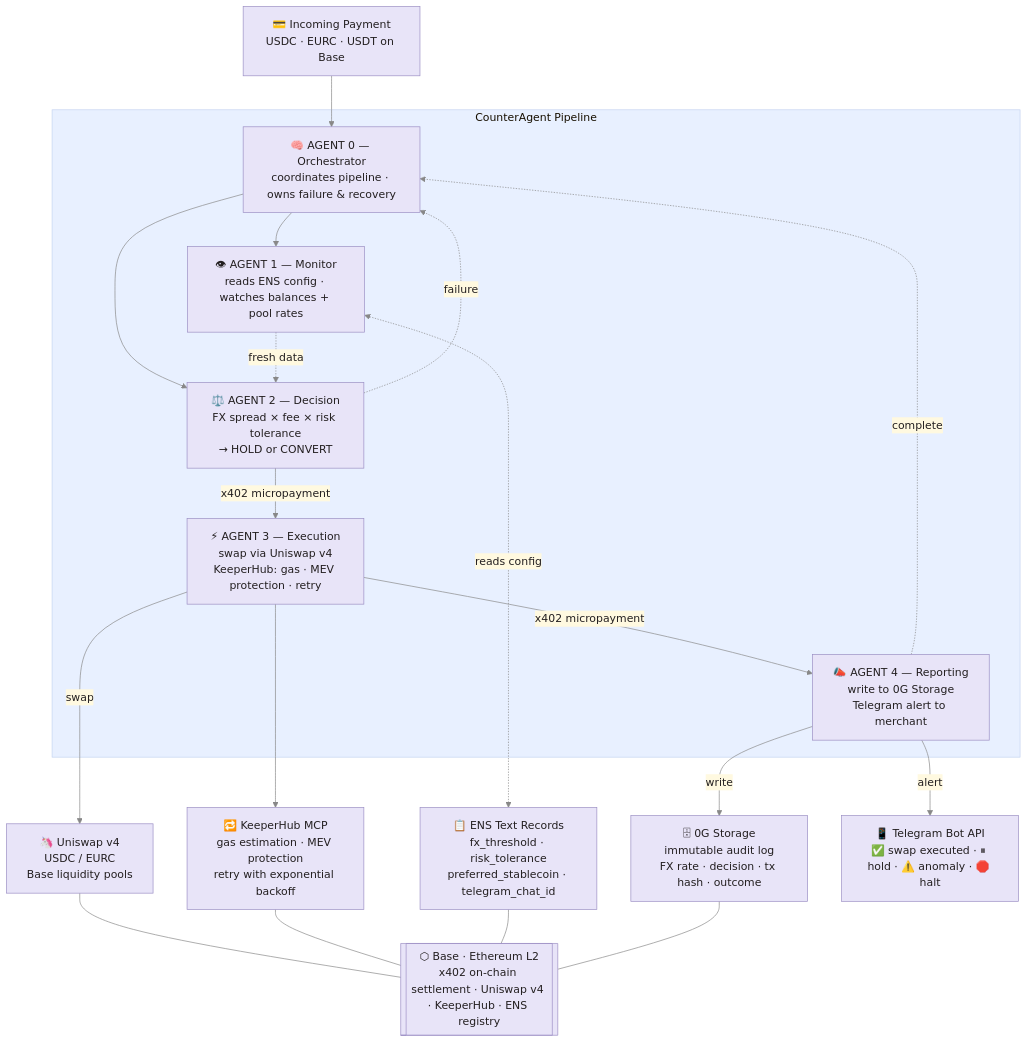
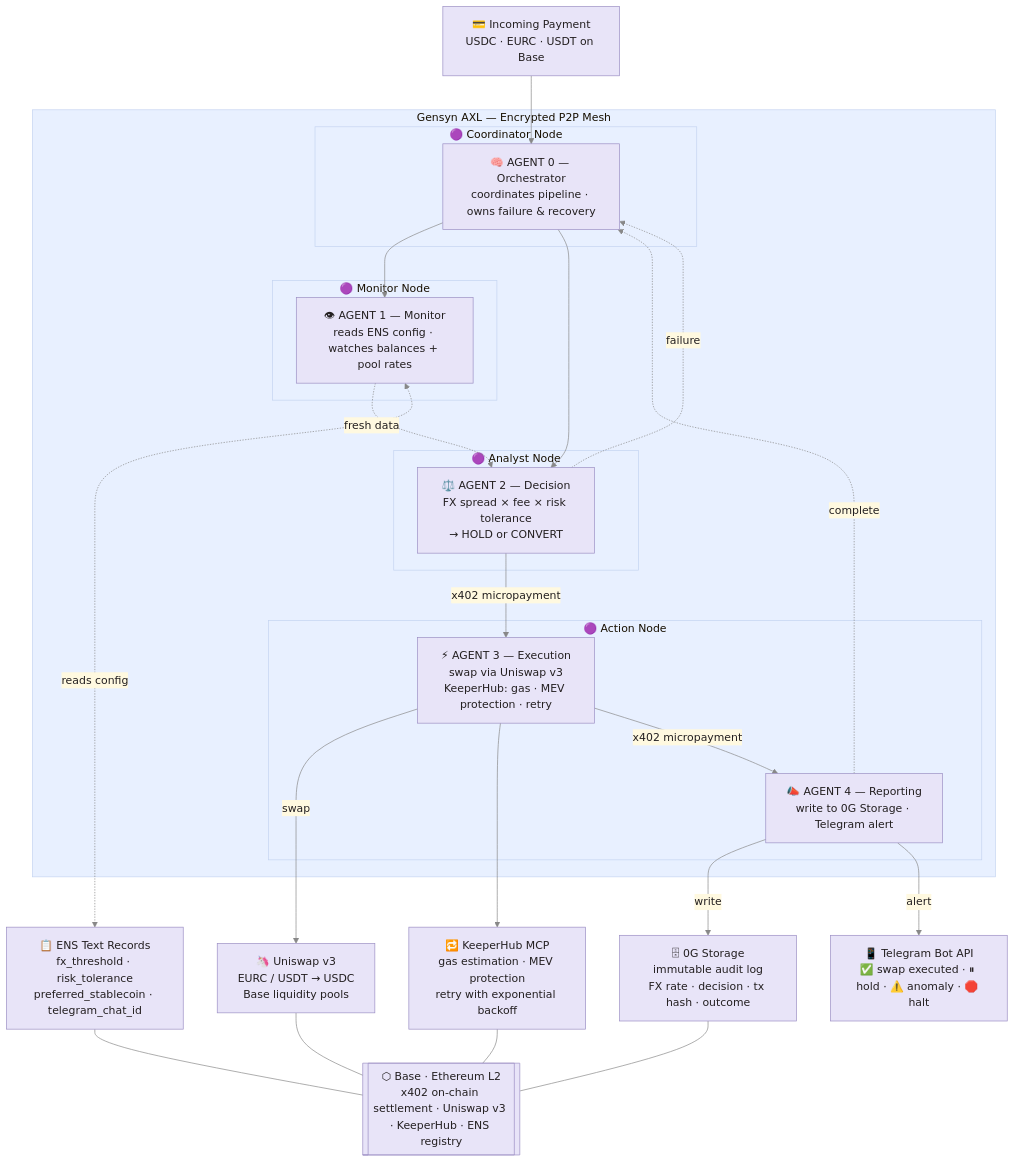
One commit to JulioMCruz/CounterAgent changed the diagram in README.md. Above: the diagram before and after it, drawn with Mermaid. The commit also changed other lines of this file, not shown here.

First line of the commit message:
Revise README for CounterAgent with v3 updates

````diff
--- a/README.md
+++ b/README.md
@@ -37,41 +46,49 @@
 ```mermaid
 %%{init: {'theme': 'base', 'themeVariables': {'primaryColor': '#E8E4F8', 'primaryBorderColor': '#9B8EC4', 'primaryTextColor': '#231F20', 'lineColor': '#888888', 'secondaryColor': '#FFF9E0', 'tertiaryColor': '#E8F0FF'}}}%%
 
 flowchart TD
     PAY["💳 Incoming Payment\nUSDC · EURC · USDT on Base"]
 
-    subgraph PIPELINE ["CounterAgent Pipeline"]
-        A0["🧠 AGENT 0 — Orchestrator\ncoordinates pipeline · owns failure & recovery"]
-        A1["👁 AGENT 1 — Monitor\nreads ENS config · watches balances + pool rates"]
-        A2["⚖️ AGENT 2 — Decision\nFX spread × fee × risk tolerance\n→ HOLD or CONVERT"]
-        A3["⚡ AGENT 3 — Execution\nswap via Uniswap v4\nKeeperHub: gas · MEV protection · retry"]
-        A4["📣 AGENT 4 — Reporting\nwrite to 0G Storage\nTelegram alert to merchant"]
+    subgraph AXL ["Gensyn AXL — Encrypted P2P Mesh"]
+        subgraph NODE1 ["🟣 Coordinator Node"]
+            A0["🧠 AGENT 0 — Orchestrator\ncoordinates pipeline · owns failure & recovery"]
+        end
+        subgraph NODE2 ["🟣 Monitor Node"]
+            A1["👁 AGENT 1 — Monitor\nreads ENS config · watches balances + pool rates"]
+        end
+        subgraph NODE3 ["🟣 Analyst Node"]
+            A2["⚖️ AGENT 2 — Decision\nFX spread × fee × risk tolerance\n→ HOLD or CONVERT"]
+        end
+        subgraph NODE4 ["🟣 Action Node"]
+            A3["⚡ AGENT 3 — Execution\nswap via Uniswap v3\nKeeperHub: gas · MEV protection · retry"]
+            A4["📣 AGENT 4 — Reporting\nwrite to 0G Storage · Telegram alert"]
+        end
     end
 
     ENS["📋 ENS Text Records\nfx_threshold · risk_tolerance\npreferred_stablecoin · telegram_chat_id"]
-    UNI["🦄 Uniswap v4\nUSDC / EURC\nBase liquidity pools"]
+    UNI["🦄 Uniswap v3\nEURC / USDT → USDC\nBase liquidity pools"]
     KH["🔁 KeeperHub MCP\ngas estimation · MEV protection\nretry with exponential backoff"]
     ZERO["🗄 0G Storage\nimmutable audit log\nFX rate · decision · tx hash · outcome"]
     TG["📱 Telegram Bot API\n✅ swap executed · ⏸ hold · ⚠️ anomaly · 🛑 halt"]
 
-    BASE[["⬡ Base · Ethereum L2\nx402 on-chain settlement · Uniswap v4 · KeeperHub · ENS registry"]]
+    BASE[["⬡ Base · Ethereum L2\nx402 on-chain settlement · Uniswap v3 · KeeperHub · ENS registry"]]
 
     PAY --> A0
     A0 --> A1
     A0 --> A2
     A1 -. fresh data .-> A2
     A1 <-. reads config .-> ENS
     A2 -- "x402 micropayment" --> A3
     A2 -. failure .-> A0
     A3 -- swap --> UNI
     A3 --> KH
     A3 -- "x402 micropayment" --> A4
     A4 -- write --> ZERO
     A4 -- alert --> TG
     A4 -. complete .-> A0
 
     UNI --- BASE
     KH --- BASE
     ENS --- BASE
     ZERO --- BASE
 ```
````
